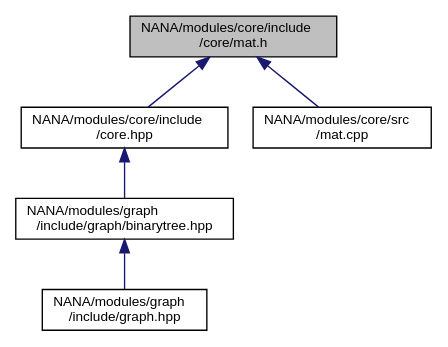
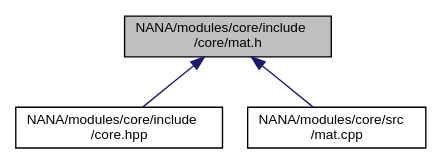
One commit to YuruTu/NANA changed the diagram in docs/mat_8h__dep__incl.dot. Above: the diagram before and after it, drawn with Graphviz. The commit also changed 80 other files, not shown here.

```diff
--- a/docs/mat_8h__dep__incl.dot
+++ b/docs/mat_8h__dep__incl.dot
@@ -1,15 +1,11 @@
 digraph "NANA/modules/core/include/core/mat.h"
 {
  // LATEX_PDF_SIZE
   edge [fontname="Helvetica",fontsize="10",labelfontname="Helvetica",labelfontsize="10"];
   node [fontname="Helvetica",fontsize="10",shape=record];
   Node1 [label="NANA/modules/core/include\l/core/mat.h",height=0.2,width=0.4,color="black", fillcolor="grey75", style="filled", fontcolor="black",tooltip="实现一个用于矩阵运算的模板类(仍在实现当中)"];
   Node1 -> Node2 [dir="back",color="midnightblue",fontsize="10",style="solid",fontname="Helvetica"];
   Node2 [label="NANA/modules/core/include\l/core.hpp",height=0.2,width=0.4,color="black", fillcolor="white", style="filled",URL="$core_8hpp.html",tooltip="包含基本的数据结构等"];
-  Node2 -> Node3 [dir="back",color="midnightblue",fontsize="10",style="solid",fontname="Helvetica"];
-  Node3 [label="NANA/modules/graph\l/include/graph/binarytree.hpp",height=0.2,width=0.4,color="black", fillcolor="white", style="filled",URL="$binarytree_8hpp.html",tooltip="实现二叉树的模板"];
-  Node3 -> Node4 [dir="back",color="midnightblue",fontsize="10",style="solid",fontname="Helvetica"];
-  Node4 [label="NANA/modules/graph\l/include/graph.hpp",height=0.2,width=0.4,color="black", fillcolor="white", style="filled",URL="$graph_8hpp.html",tooltip="实现图论相关算法"];
-  Node1 -> Node5 [dir="back",color="midnightblue",fontsize="10",style="solid",fontname="Helvetica"];
-  Node5 [label="NANA/modules/core/src\l/mat.cpp",height=0.2,width=0.4,color="black", fillcolor="white", style="filled",URL="$mat_8cpp.html",tooltip="实现Mat的相关功能"];
+  Node1 -> Node3 [dir="back",color="midnightblue",fontsize="10",style="solid",fontname="Helvetica"];
+  Node3 [label="NANA/modules/core/src\l/mat.cpp",height=0.2,width=0.4,color="black", fillcolor="white", style="filled",URL="$mat_8cpp.html",tooltip="实现Mat的相关功能"];
 }
```
